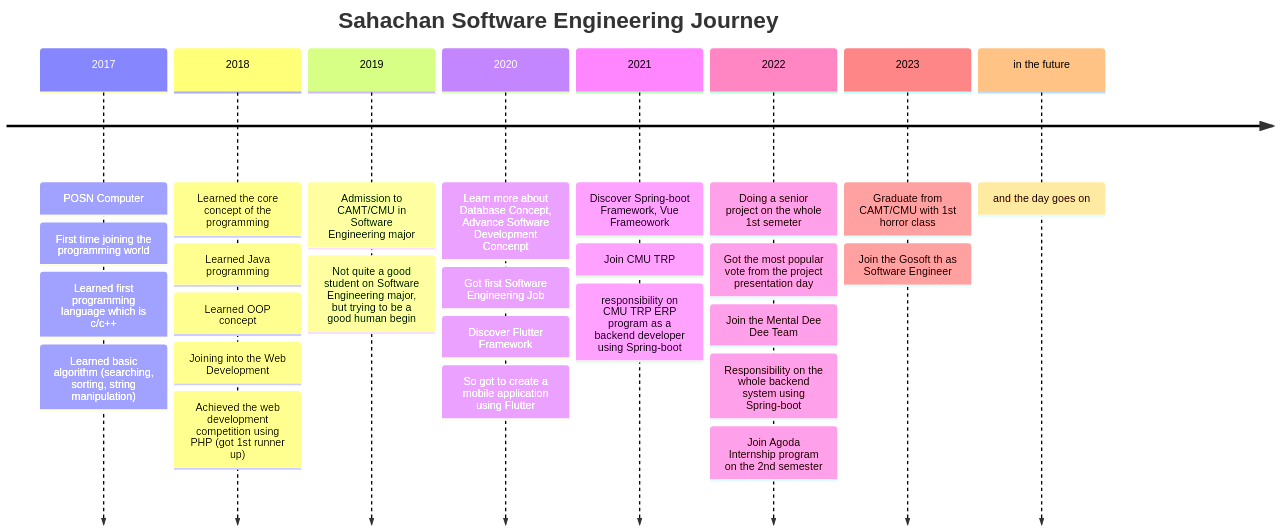
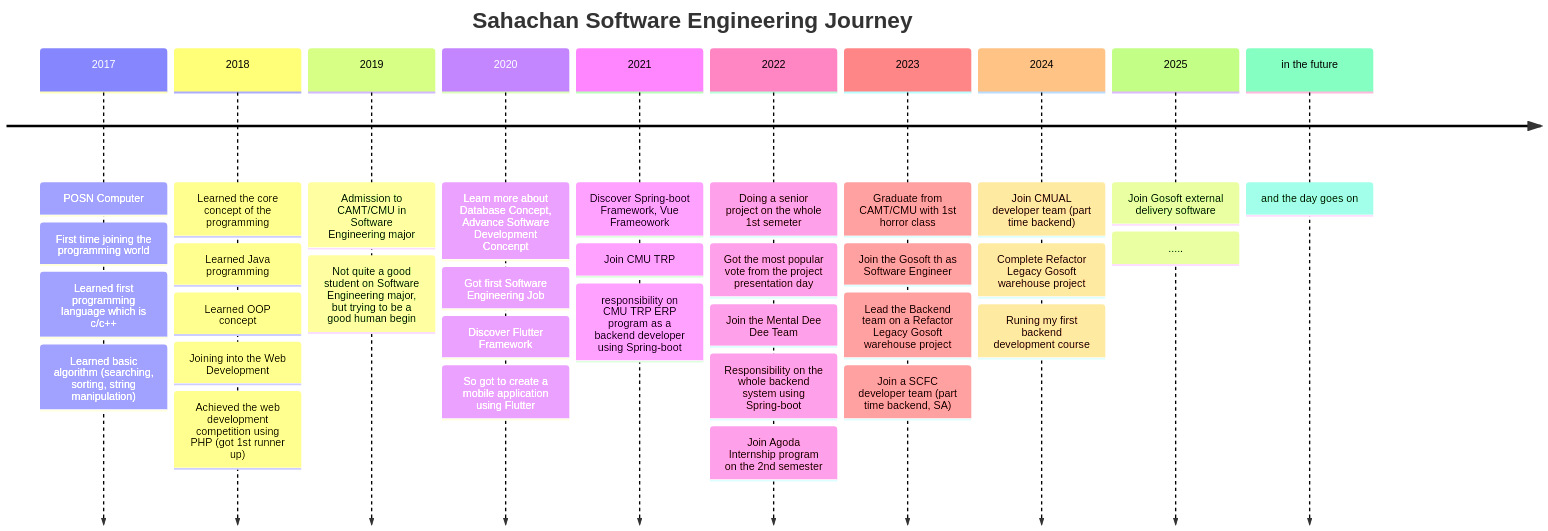
One commit to oat431/oat431 changed the diagram in README.md. Above: the diagram before and after it, drawn with Mermaid.

````diff
--- a/README.md
+++ b/README.md
@@ -63,30 +63,37 @@
 ```mermaid
 timeline
     title Sahachan Software Engineering Journey
     2017 : POSN Computer
          : First time joining the programming world
          : Learned first programming language which is c/c++
          : Learned basic algorithm (searching, sorting, string manipulation)
     2018 : Learned the core concept of the programming
          : Learned Java programming
          : Learned OOP concept
          : Joining into the Web Development
          : Achieved the web development competition using PHP (got 1st runner up)
     2019 : Admission to CAMT/CMU in Software Engineering major
          : Not quite a good student on Software Engineering major, but trying to be a good human begin
     2020 : Learn more about Database Concept, Advance Software Development Concenpt
          : Got first Software Engineering Job
          : Discover Flutter Framework
          : So got to create a mobile application using Flutter
     2021 : Discover Spring-boot Framework, Vue Frameowork
          : Join CMU TRP
          : responsibility on CMU TRP ERP program as a backend developer using Spring-boot
     2022 : Doing a senior project on the whole 1st semeter
          : Got the most popular vote from the project presentation day
          : Join the Mental Dee Dee Team
          : Responsibility on the whole backend system using Spring-boot
          : Join Agoda Internship program on the 2nd semester
     2023 : Graduate from CAMT/CMU with 1st horror class
          : Join the Gosoft th as Software Engineer
+         : Lead the Backend team on a Refactor Legacy Gosoft warehouse project
+         : Join a SCFC developer team (part time backend, SA)
+    2024 : Join CMUAL developer team (part time backend)
+         : Complete Refactor Legacy Gosoft warehouse project
+         : Runing my first backend development course
+    2025 : Join Gosoft external delivery software
+         : .....
     in the future : and the day goes on
 ```
````
